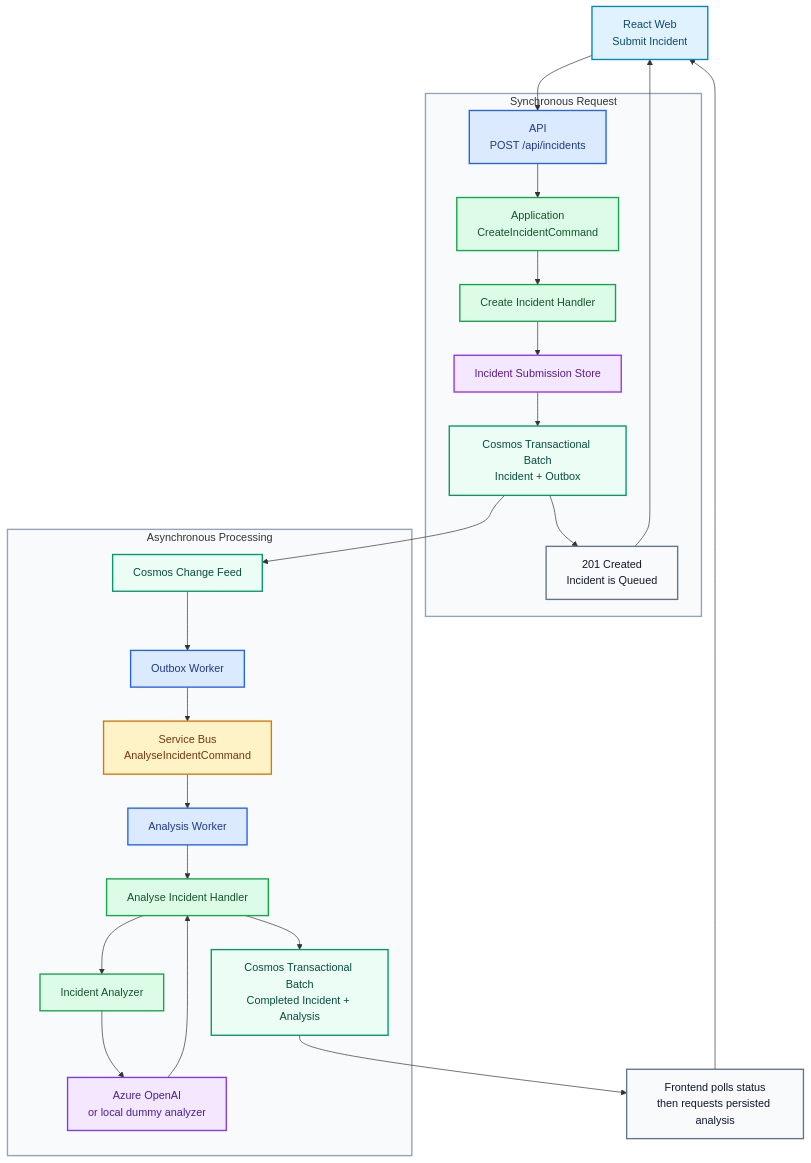
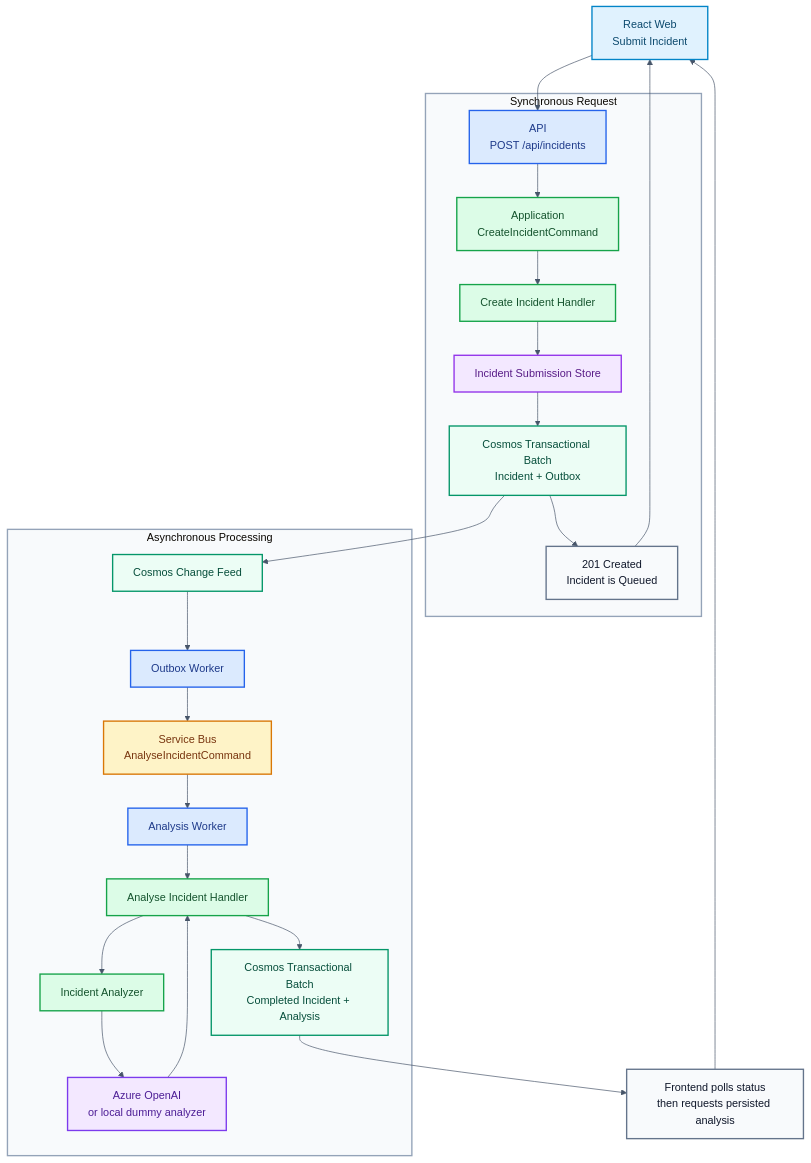
One commit to danielmusselwhite/IncidentIQ changed the third of 5 diagrams in ReadMe.md. Above: the diagram before and after it, drawn with Mermaid. The commit also changed other lines of this file and 12 other files, not shown here.

Commit message:
docs: update with new runbook ingestion architecture

````diff
--- a/ReadMe.md
+++ b/ReadMe.md
@@ -148,58 +150,59 @@
 ```mermaid
+%%{init: {"theme": "base", "themeVariables": {"background": "#ffffff", "primaryTextColor": "#111827", "lineColor": "#475569"}}}%%
 flowchart TD
     Web["React Web<br/>Submit Incident"]:::web
 
     subgraph Request["Synchronous Request"]
         API["API<br/>POST /api/incidents"]:::host
         Command["Application<br/>CreateIncidentCommand"]:::application
         CreateHandler["Create Incident Handler"]:::application
         SubmissionStore["Incident Submission Store"]:::infra
         InitialWrite["Cosmos Transactional Batch<br/>Incident + Outbox"]:::data
         Created["201 Created<br/>Incident is Queued"]:::result
     end
 
     subgraph Async["Asynchronous Processing"]
         ChangeFeed["Cosmos Change Feed"]:::data
         OutboxWorker["Outbox Worker"]:::host
         Queue["Service Bus<br/>AnalyseIncidentCommand"]:::messaging
         AnalyseWorker["Analysis Worker"]:::host
         AnalyseHandler["Analyse Incident Handler"]:::application
         Analyzer["Incident Analyzer"]:::application
         AI["Azure OpenAI<br/>or local dummy analyzer"]:::ai
         FinalWrite["Cosmos Transactional Batch<br/>Completed Incident + Analysis"]:::data
     end
 
     Result["Frontend polls status<br/>then requests persisted analysis"]:::result
 
     Web --> API
     API --> Command
     Command --> CreateHandler
     CreateHandler --> SubmissionStore
     SubmissionStore --> InitialWrite
     InitialWrite --> Created
     Created --> Web
 
     InitialWrite --> ChangeFeed
     ChangeFeed --> OutboxWorker
     OutboxWorker --> Queue
     Queue --> AnalyseWorker
     AnalyseWorker --> AnalyseHandler
     AnalyseHandler --> Analyzer
     Analyzer --> AI
     AI --> AnalyseHandler
     AnalyseHandler --> FinalWrite
     FinalWrite --> Result
     Result --> Web
 
     classDef web fill:#e0f2fe,stroke:#0284c7,color:#0c4a6e,stroke-width:2px;
     classDef host fill:#dbeafe,stroke:#2563eb,color:#1e3a8a,stroke-width:2px;
     classDef application fill:#dcfce7,stroke:#16a34a,color:#14532d,stroke-width:2px;
     classDef infra fill:#f3e8ff,stroke:#9333ea,color:#581c87,stroke-width:2px;
     classDef data fill:#ecfdf5,stroke:#059669,color:#064e3b,stroke-width:2px;
     classDef messaging fill:#fef3c7,stroke:#d97706,color:#78350f,stroke-width:2px;
     classDef ai fill:#f3e8ff,stroke:#7c3aed,color:#4c1d95,stroke-width:2px;
     classDef result fill:#f8fafc,stroke:#64748b,color:#0f172a,stroke-width:2px;
 
     style Request fill:#f8fafc,stroke:#94a3b8,stroke-width:2px
     style Async fill:#f8fafc,stroke:#94a3b8,stroke-width:2px
 ```
````
